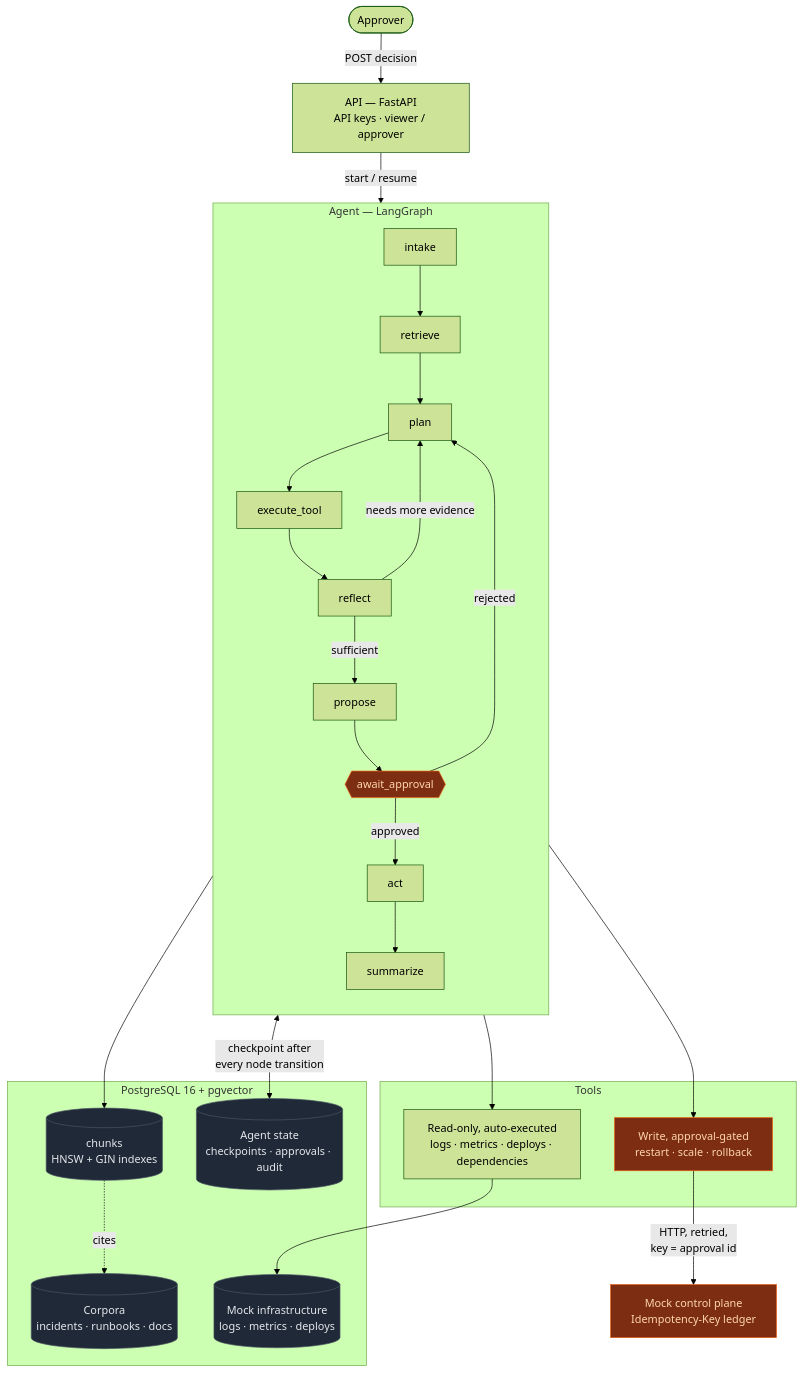
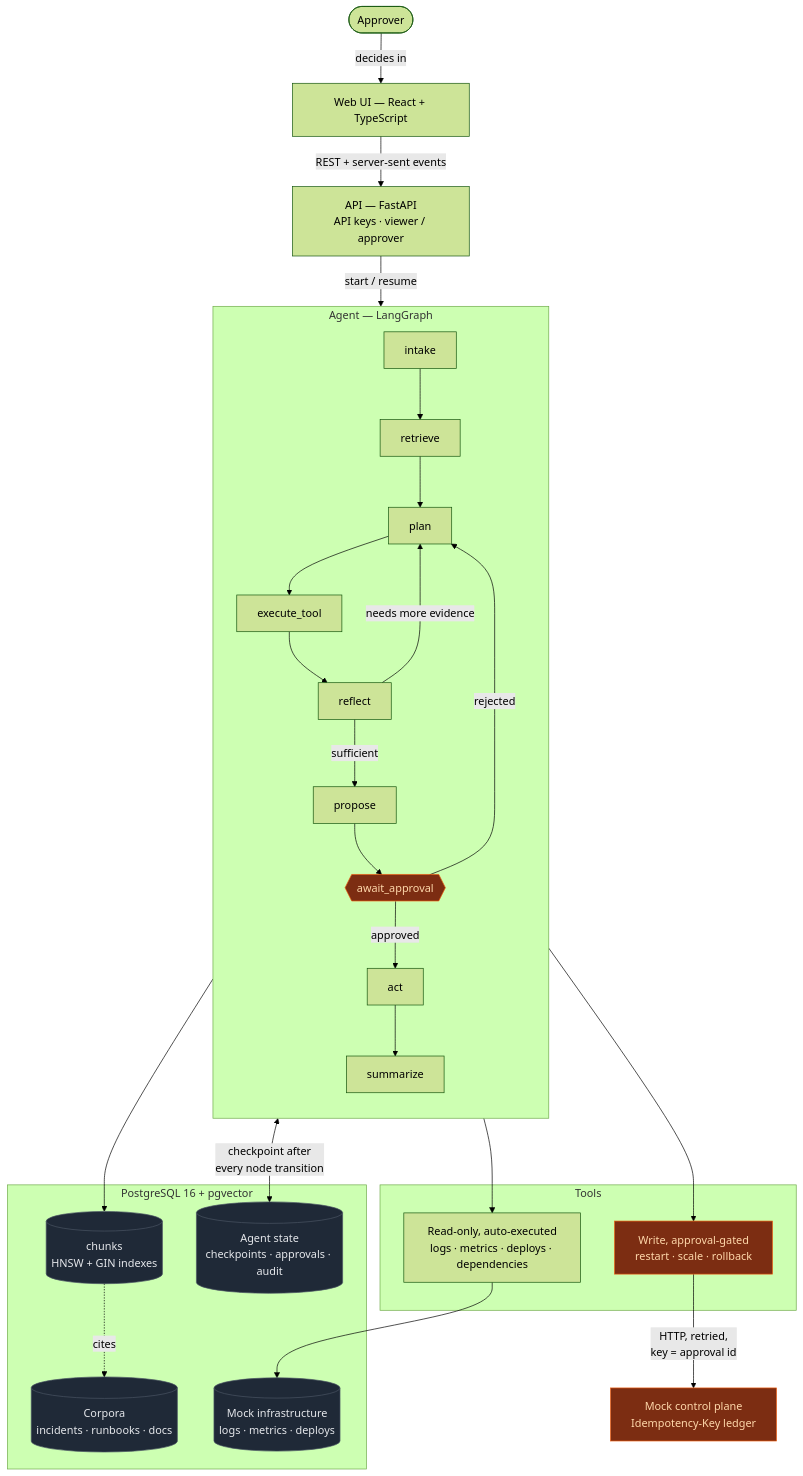
One commit to prachics/incidentiq changed the diagram in README.md. Above: the diagram before and after it, drawn with Mermaid (forest theme). The commit also changed other lines of this file and 44 other files, not shown here.

Commit message:
Phase 5: web UI with a live investigation timeline, evidence, approvals and the audit log

````diff
--- a/README.md
+++ b/README.md
@@ -157,44 +157,45 @@
 ```mermaid
 graph TB
     subgraph agent["Agent — LangGraph"]
         direction TB
         N1[intake] --> N2[retrieve]
         N2 --> N3[plan]
         N3 --> N4[execute_tool]
         N4 --> N5[reflect]
         N5 -->|needs more evidence| N3
         N5 -->|sufficient| N6[propose]
         N6 --> N7{{await_approval}}
         N7 -->|approved| N8[act]
         N7 -->|rejected| N3
         N8 --> N9[summarize]
     end
 
     subgraph tools["Tools"]
         RO[Read-only, auto-executed<br/>logs · metrics · deploys · dependencies]
         WR[Write, approval-gated<br/>restart · scale · rollback]
     end
 
     subgraph data["PostgreSQL 16 + pgvector"]
         CORP[(Corpora<br/>incidents · runbooks · docs)]
         CHUNK[(chunks<br/>HNSW + GIN indexes)]
         STATE[(Agent state<br/>checkpoints · approvals · audit)]
         MOCK[(Mock infrastructure<br/>logs · metrics · deploys)]
     end
 
     API[API — FastAPI<br/>API keys · viewer / approver]
-    HUMAN([Approver]) -->|POST decision| API
+    UI[Web UI — React + TypeScript] -->|REST + server-sent events| API
+    HUMAN([Approver]) -->|decides in| UI
     CP[Mock control plane<br/>Idempotency-Key ledger]
 
     API -->|start / resume| N1
     N2 --> CHUNK
     CHUNK -.cites.-> CORP
     N4 --> RO --> MOCK
     N8 --> WR -->|HTTP, retried,<br/>key = approval id| CP
     agent <-->|checkpoint after<br/>every node transition| STATE
 
     classDef store fill:#1f2937,stroke:#4b5563,color:#e5e7eb
     classDef gate fill:#7c2d12,stroke:#ea580c,color:#fed7aa
     class CORP,CHUNK,STATE,MOCK store
     class N7,WR,CP gate
 ```
````
